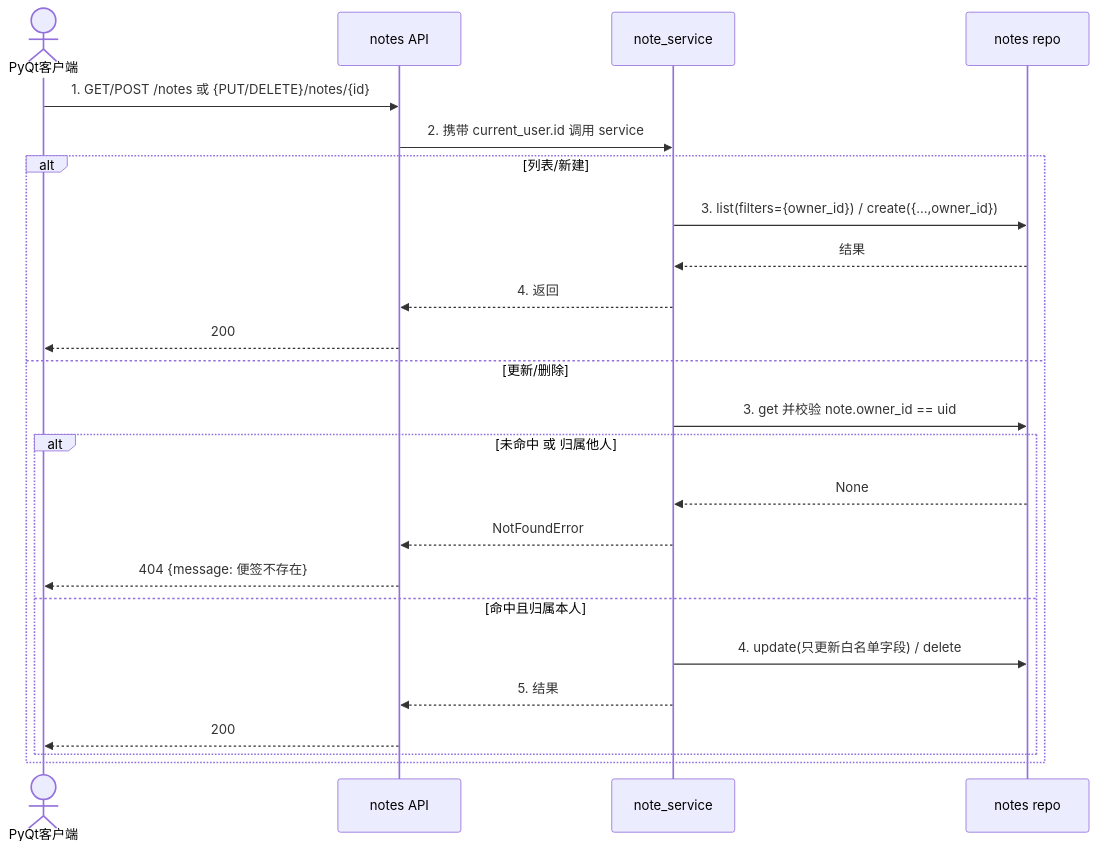
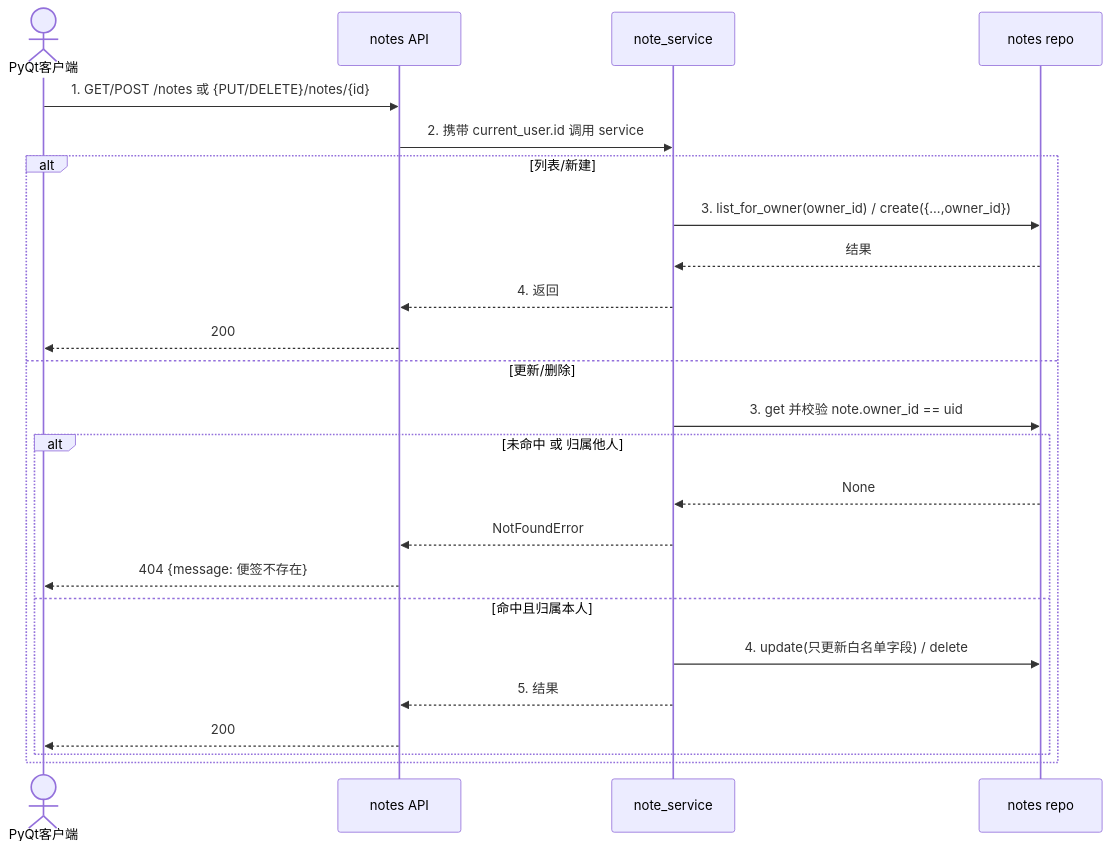
Before and after one commit to mmzzl/StickyNotes: the second of 2 diagrams in docs/design/2026-09-17-sticky-notes-micro-design.md, drawn with Mermaid. The commit also changed 2 other files, not shown here.

Commit message:
docs: 便签微设定稿 + 实施计划（微设/计划评审通过后基线）

````diff
--- a/docs/design/2026-09-17-sticky-notes-micro-design.md
+++ b/docs/design/2026-09-17-sticky-notes-micro-design.md
@@ -175,27 +175,27 @@
 ```mermaid
 sequenceDiagram
     actor Client as PyQt客户端
     participant API as notes API
     participant SVC as note_service
     participant REPO as notes repo
 
     Client->>API: 1. GET/POST /notes 或 {PUT/DELETE}/notes/{id}
     API->>SVC: 2. 携带 current_user.id 调用 service
     alt 列表/新建
-        SVC->>REPO: 3. list(filters={owner_id}) / create({...,owner_id})
+        SVC->>REPO: 3. list_for_owner(owner_id) / create({...,owner_id})
         REPO-->>SVC: 结果
         SVC-->>API: 4. 返回
         API-->>Client: 200
     else 更新/删除
         SVC->>REPO: 3. get 并校验 note.owner_id == uid
         alt 未命中 或 归属他人
             REPO-->>SVC: None
             SVC-->>API: NotFoundError
             API-->>Client: 404 {message: 便签不存在}
         else 命中且归属本人
             SVC->>REPO: 4. update(只更新白名单字段) / delete
             SVC-->>API: 5. 结果
             API-->>Client: 200
         end
     end
 ```
````
